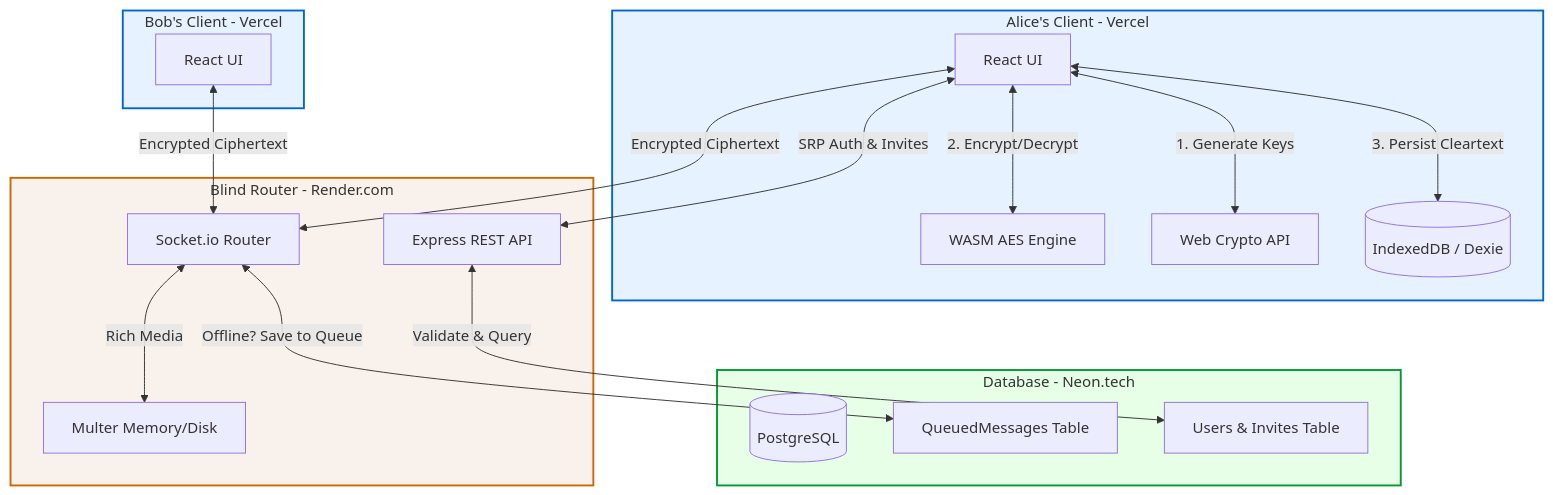
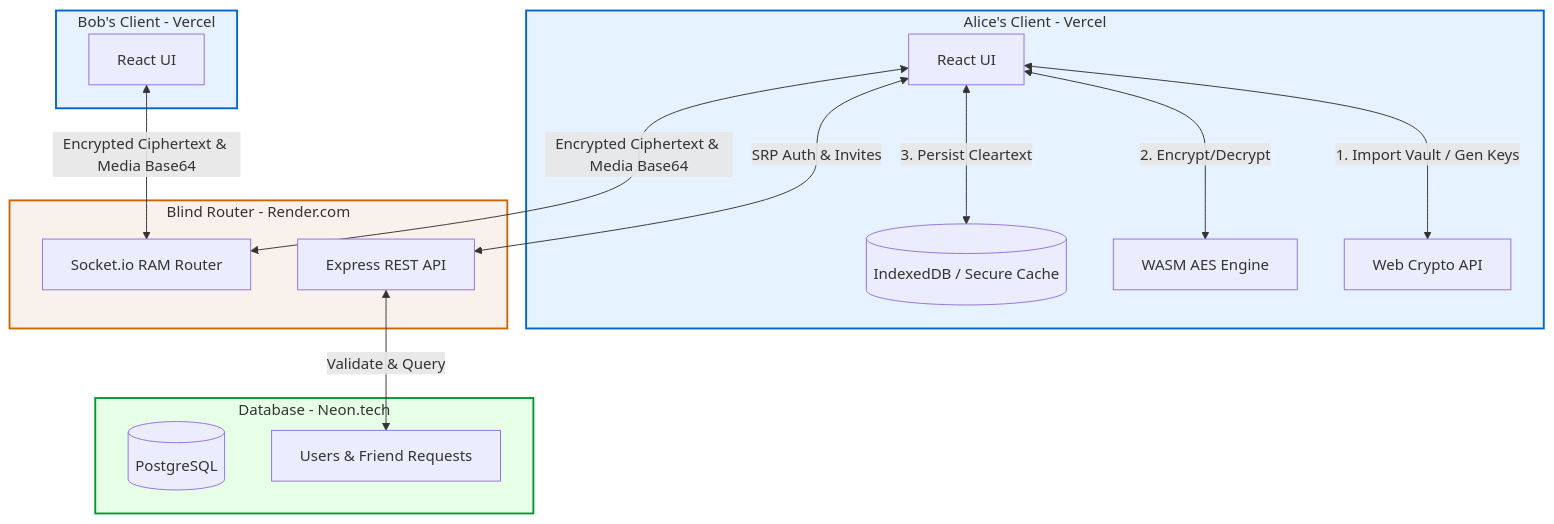
Before and after one commit to CodeXJainTech/minor-project-v1: the first of 3 diagrams in README.md, drawn with Mermaid. The commit also changed other lines of this file and 5 other files, not shown here.

Commit message:
upd(revoke request error, flow updated, readme, license) test-1 done

````diff
--- a/README.md
+++ b/README.md
@@ -14,48 +12,44 @@
 ```mermaid
 flowchart TB
     subgraph Client_Alice [Alice's Client - Vercel]
         UI_A[React UI]
         WASM_A[WASM AES Engine]
         ECC_A[Web Crypto API]
-        DB_A[(IndexedDB / Dexie)]
+        DB_A[(IndexedDB / Secure Cache)]
     end
 
     subgraph Backend [Blind Router - Render.com]
         API[Express REST API]
-        WS[Socket.io Router]
-        MULTER[Multer Memory/Disk]
+        WS[Socket.io RAM Router]
     end
 
     subgraph Database [Database - Neon.tech]
         PG[(PostgreSQL)]
-        QUEUE[QueuedMessages Table]
-        USERS[Users & Invites Table]
+        USERS[Users & Friend Requests]
     end
 
     subgraph Client_Bob [Bob's Client - Vercel]
         UI_B[React UI]
     end
 
     %% Frontend Internal Logic
-    UI_A <-->|1. Generate Keys| ECC_A
+    UI_A <-->|1. Import Vault / Gen Keys| ECC_A
     UI_A <-->|2. Encrypt/Decrypt| WASM_A
     UI_A <-->|3. Persist Cleartext| DB_A
 
     %% Network Logic
     UI_A <-->|SRP Auth & Invites| API
-    UI_A <-->|Encrypted Ciphertext| WS
-    UI_B <-->|Encrypted Ciphertext| WS
+    UI_A <-->|Encrypted Ciphertext & Media Base64| WS
+    UI_B <-->|Encrypted Ciphertext & Media Base64| WS
     
     %% Backend Logic
     API <-->|Validate & Query| USERS
-    WS <-->|Offline? Save to Queue| QUEUE
-    WS <-->|Rich Media| MULTER
 
     classDef client fill:#e6f2ff,stroke:#0066cc,stroke-width:2px;
     classDef backend fill:#f9f2ec,stroke:#cc6600,stroke-width:2px;
     classDef db fill:#e6ffe6,stroke:#009933,stroke-width:2px;
     
     class Client_Alice,Client_Bob client;
     class Backend backend;
     class Database db;
 ```
````
